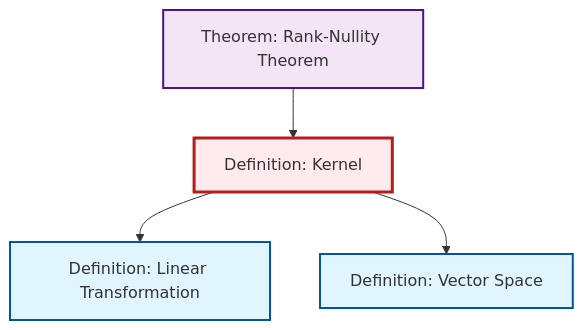
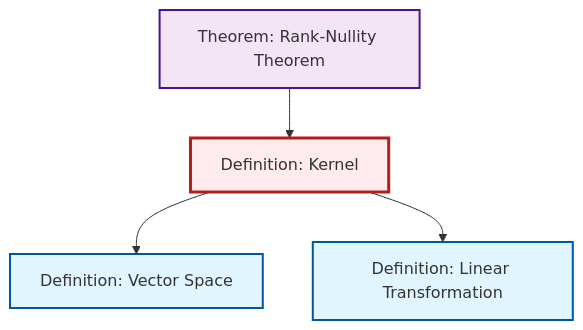
One commit to RK0429/ModernMath changed the diagram in content/en/algebra/def-kernel.qmd. Above: the diagram before and after it, drawn with Mermaid. The commit also changed other lines of this file and 203 other files, not shown here.

````diff
--- a/content/en/algebra/def-kernel.qmd
+++ b/content/en/algebra/def-kernel.qmd
@@ -46,21 +46,17 @@
 ```{mermaid}
 %%| fig-cap: "Local dependency graph"
 graph TD
     classDef definition fill:#e1f5fe,stroke:#01579b,stroke-width:2px
     classDef theorem fill:#f3e5f5,stroke:#4a148c,stroke-width:2px
     classDef axiom fill:#fff3e0,stroke:#e65100,stroke-width:2px
     classDef example fill:#e8f5e9,stroke:#1b5e20,stroke-width:2px
     classDef current fill:#ffebee,stroke:#b71c1c,stroke-width:3px
     def-linear-transformation["Definition: Linear Transformation"]:::definition
+    def-vector-space["Definition: Vector Space"]:::definition
     thm-rank-nullity["Theorem: Rank-Nullity Theorem"]:::theorem
-    def-vector-space["Definition: Vector Space"]:::definition
     def-kernel["Definition: Kernel"]:::definition
+    def-kernel --> def-vector-space
     thm-rank-nullity --> def-kernel
     def-kernel --> def-linear-transformation
-    def-kernel --> def-vector-space
     class def-kernel current
-
-    click def-linear-transformation "def-linear-transformation.html" "Go to Linear Transformation definition"
-    click thm-rank-nullity "thm-rank-nullity.html" "Go to Rank-Nullity Theorem theorem"
-    click def-vector-space "def-vector-space.html" "Go to Vector Space definition"
 ```
````
